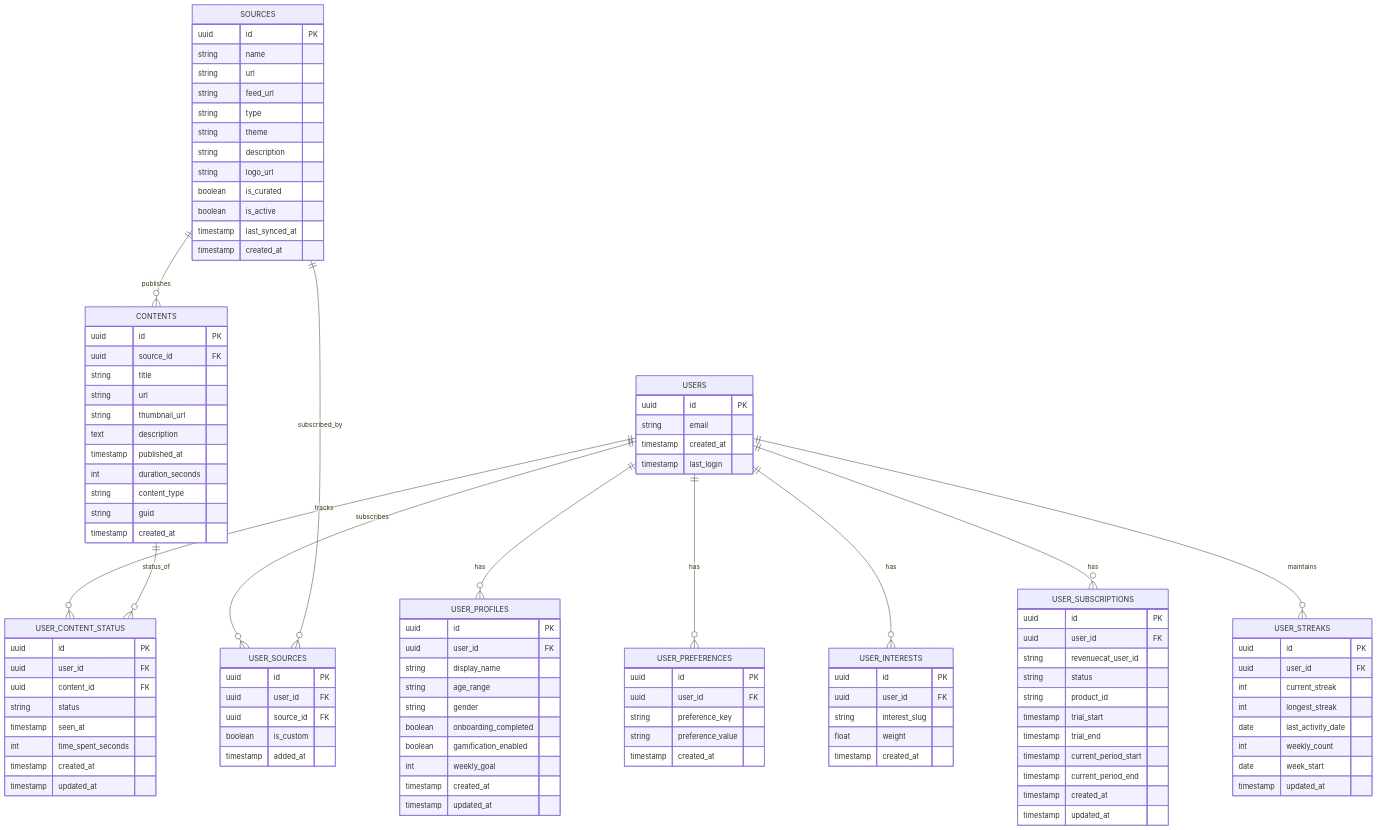
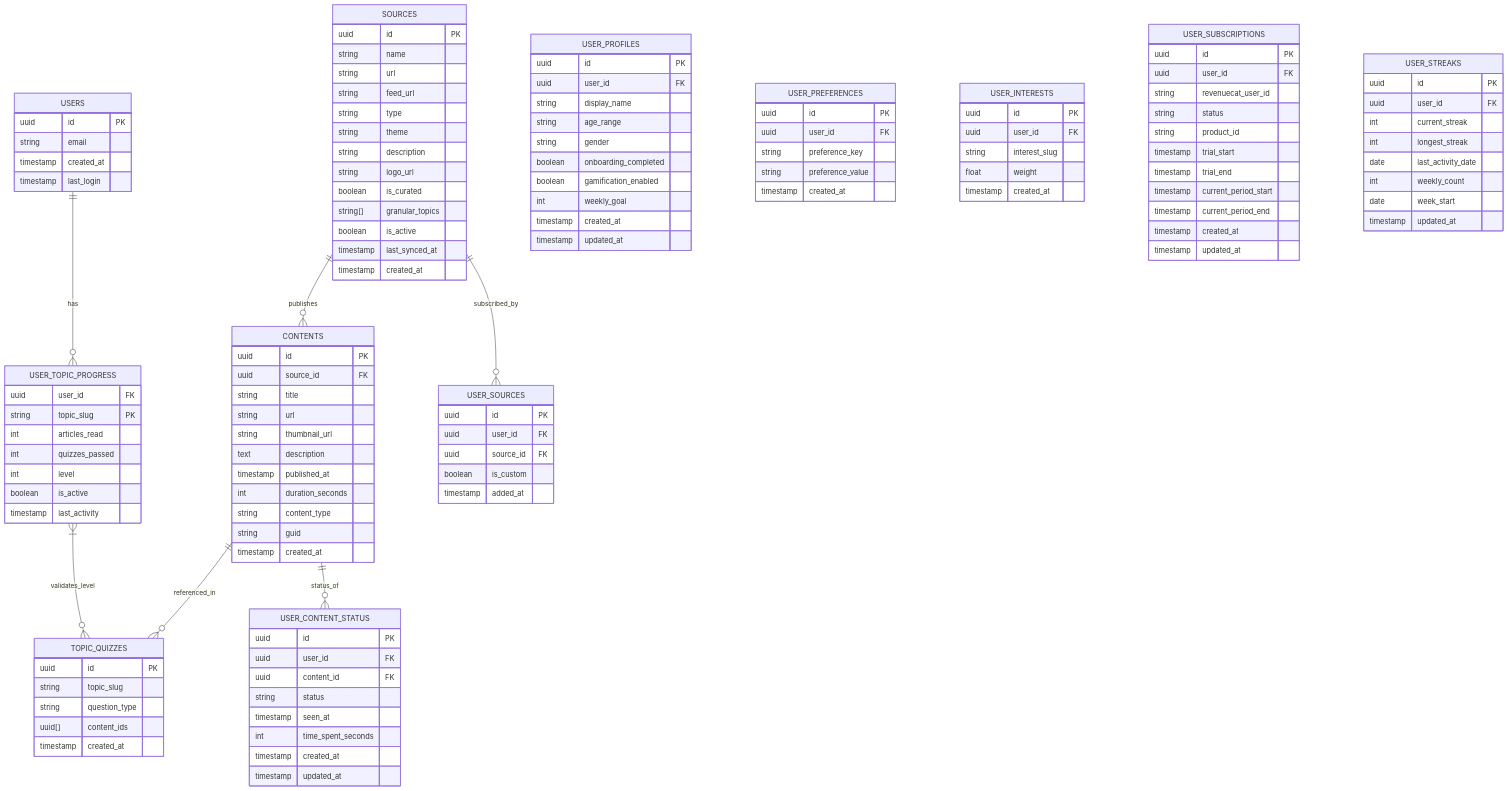
Before and after one commit to boujonlaurin-dotcom/facteur: the second of 7 diagrams in docs/architecture.md, drawn with Mermaid. The commit also changed other lines of this file and 3 other files, not shown here.

````diff
--- a/docs/architecture.md
+++ b/docs/architecture.md
@@ -154,23 +155,37 @@
 ```mermaid
 erDiagram
-    USERS ||--o{ USER_PROFILES : has
-    USERS ||--o{ USER_PREFERENCES : has
-    USERS ||--o{ USER_INTERESTS : has
-    USERS ||--o{ USER_SOURCES : subscribes
-    USERS ||--o{ USER_CONTENT_STATUS : tracks
-    USERS ||--o{ USER_SUBSCRIPTIONS : has
-    USERS ||--o{ USER_STREAKS : maintains
+    USERS ||--o{ USER_TOPIC_PROGRESS : has
+    USER_TOPIC_PROGRESS }|--o{ TOPIC_QUIZZES : validates_level
     
     SOURCES ||--o{ CONTENTS : publishes
     SOURCES ||--o{ USER_SOURCES : subscribed_by
     
     CONTENTS ||--o{ USER_CONTENT_STATUS : status_of
+    CONTENTS ||--o{ TOPIC_QUIZZES : referenced_in
     
     USERS {
         uuid id PK
         string email
         timestamp created_at
         timestamp last_login
+    }
+    
+    USER_TOPIC_PROGRESS {
+        uuid user_id FK
+        string topic_slug PK
+        int articles_read
+        int quizzes_passed
+        int level
+        boolean is_active
+        timestamp last_activity
+    }
+    
+    TOPIC_QUIZZES {
+        uuid id PK
+        string topic_slug
+        string question_type
+        uuid[] content_ids
+        timestamp created_at
     }
     
     USER_PROFILES {
@@ -212,6 +227,7 @@
         string description
         string logo_url
         boolean is_curated
+        string[] granular_topics
         boolean is_active
         timestamp last_synced_at
         timestamp created_at
````
